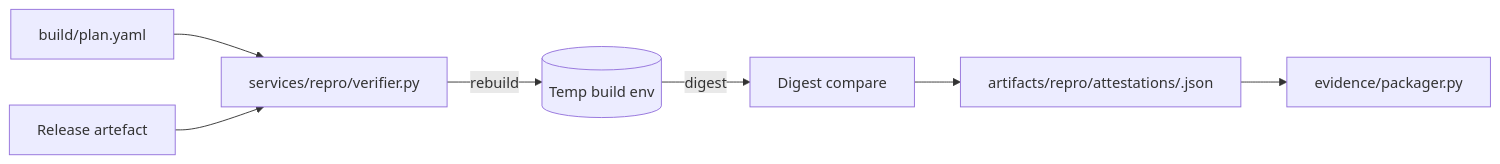
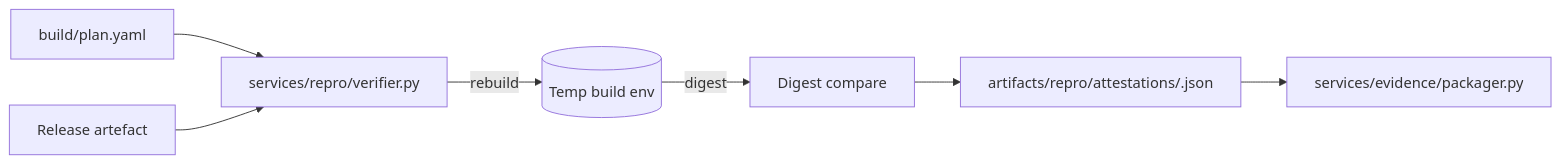
One commit to DevOpsMadDog/Fixops changed the ninth of 18 diagrams in readme_updated.md. Above: the diagram before and after it, drawn with Mermaid. The commit also changed other lines of this file and 19 other files, not shown here.

Commit message:
Refactor crosswalk services and evidence lifecycle

````diff
--- a/readme_updated.md
+++ b/readme_updated.md
@@ -531,9 +531,9 @@
 ```mermaid
 flowchart LR
     Plan["build/plan.yaml"] --> Runner["services/repro/verifier.py"]
     Release["Release artefact"] --> Runner
     Runner -->|rebuild| Sandbox[("Temp build env")]
     Sandbox -->|digest| Compare["Digest compare"]
     Compare --> Att["artifacts/repro/attestations/<tag>.json"]
-    Att --> Evidence["evidence/packager.py"]
+    Att --> Evidence["services/evidence/packager.py"]
 ```
````
